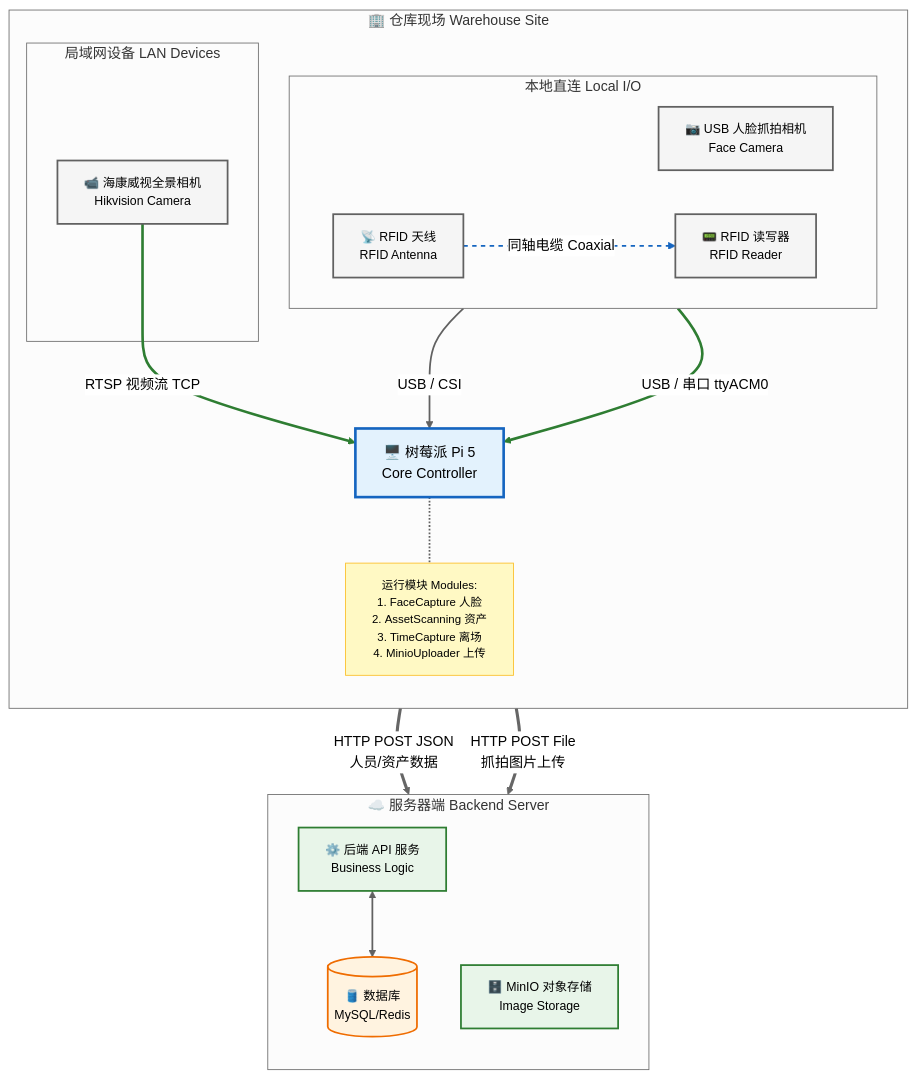
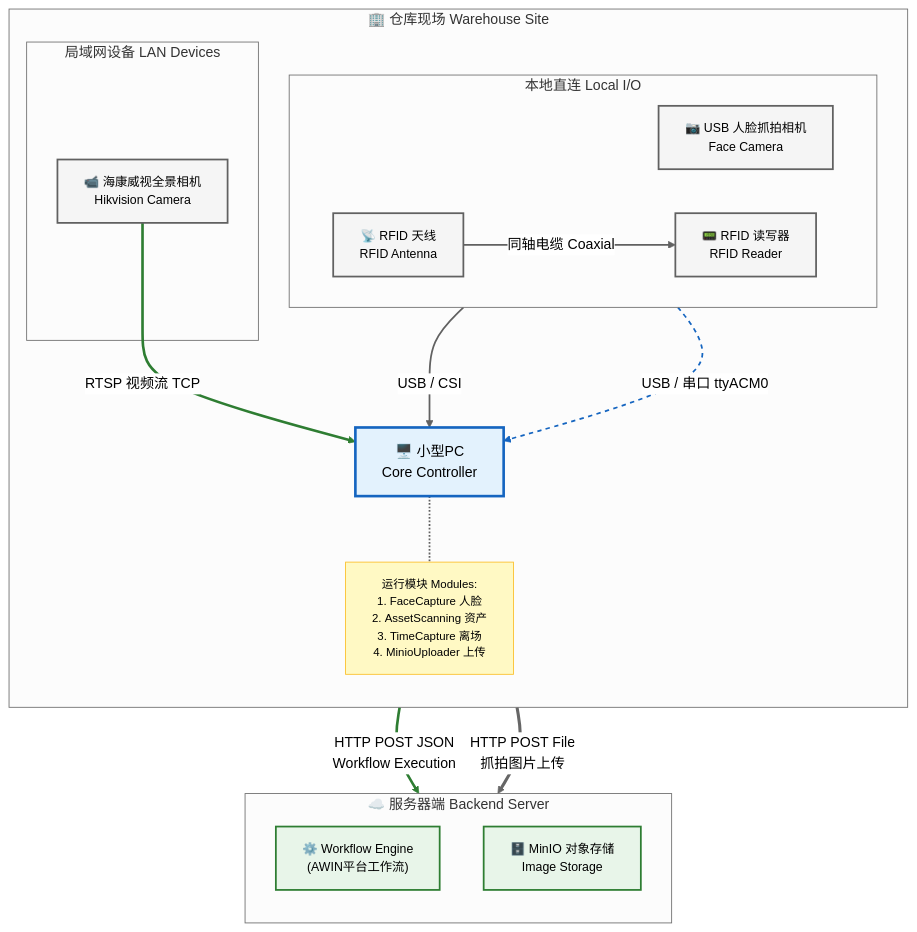
Before and after one commit to BorderArea01/warehouse: the first of 2 diagrams in README.md, drawn with Mermaid (neutral theme). The commit also changed other lines of this file and 1 other file, not shown here.

First line of the commit message:
docs: 更新系统架构图与序列图以反映实际实现

````diff
--- a/README.md
+++ b/README.md
@@ -39,46 +39,44 @@
 ```mermaid
 graph TD
     classDef host fill:#E3F2FD,stroke:#1565C0,stroke-width:3px,color:#000000,font-size:16px;
     classDef device fill:#F5F5F5,stroke:#616161,stroke-width:2px,color:#000000,font-size:14px;
     classDef server fill:#E8F5E9,stroke:#2E7D32,stroke-width:2px,color:#000000,font-size:14px;
     classDef db fill:#FFF3E0,stroke:#EF6C00,stroke-width:2px,color:#000000,font-size:14px;
     classDef note fill:#FFF9C4,stroke:#FBC02D,stroke-width:1px,color:#000000,font-size:13px;
 
     subgraph Warehouse [🏢 仓库现场 Warehouse Site]
         direction TB
-        Host[🖥️ 树莓派 Pi 5<br/>Core Controller]:::host
+        Host[🖥️ 小型PC <br/>Core Controller]:::host
         
         subgraph USB_Serial [本地直连 Local I/O]
             direction LR
             FaceCam[📷 USB 人脸抓拍相机<br/>Face Camera]:::device
             RFIDReader[📟 RFID 读写器<br/>RFID Reader]:::device
             RFIDAnt[📡 RFID 天线<br/>RFID Antenna]:::device
         end
         
         subgraph LAN_Dev [局域网设备 LAN Devices]
             HikCam[📹 海康威视全景相机<br/>Hikvision Camera]:::device
         end
         
         NoteHost[运行模块 Modules:<br/>1. FaceCapture 人脸<br/>2. AssetScanning 资产<br/>3. TimeCapture 离场<br/>4. MinioUploader 上传]:::note
         Host -.- NoteHost
     end
 
     subgraph Cloud [☁️ 服务器端 Backend Server]
         direction TB
-        APIGateway[⚙️ 后端 API 服务<br/>Business Logic]:::server
+        Workflow["⚙️ Workflow Engine<br/>(AWIN平台工作流)"]:::server
         MinIO[🗄️ MinIO 对象存储<br/>Image Storage]:::server
-        DB[(🛢️ 数据库<br/>MySQL/Redis)]:::db
-        APIGateway <--> DB
     end
 
     FaceCam -- "USB / CSI" --> Host
     RFIDAnt -- "同轴电缆 Coaxial" --> RFIDReader
     RFIDReader -- "USB / 串口 ttyACM0" --> Host
     HikCam -- "RTSP 视频流 TCP" --> Host
-    Host == "HTTP POST JSON<br/>人员/资产数据" ==> APIGateway
+    Host == "HTTP POST JSON<br/>Workflow Execution" ==> Workflow
     Host == "HTTP POST File<br/>抓拍图片上传" ==> MinIO
     
     linkStyle 0,1,2 stroke:#616161,stroke-width:2px;
     linkStyle 3 stroke:#1565C0,stroke-width:2px,stroke-dasharray: 5 5;
     linkStyle 4,5 stroke:#2E7D32,stroke-width:3px;
 ```
````
